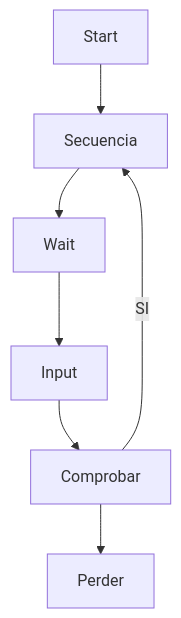
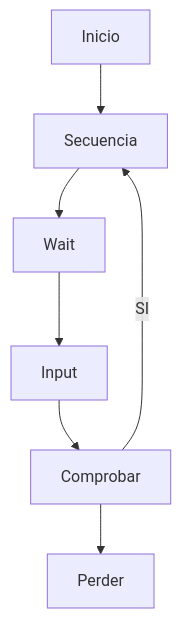
Before and after one commit to NicolasRodriguezSteuerberg/SimonDice: the second of 2 diagrams in Readme.md, drawn with Mermaid. The commit also changed other lines of this file, not shown here.

Commit message:
Diagrama en vertical

````diff
--- a/Readme.md
+++ b/Readme.md
@@ -30,6 +30,6 @@
 ```mermaid
 graph TD;
-    Start-->Secuencia-->Wait-->Input-->Comprobar-->Perder
+    Start[Inicio]-->Secuencia-->Wait-->Input-->Comprobar-->Perder
     Comprobar-->|SI|Secuencia
 
 ```
````
